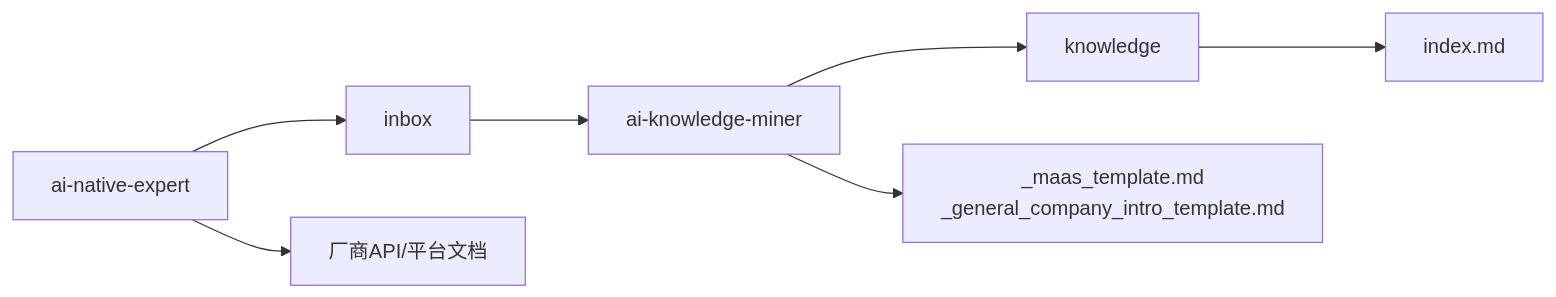
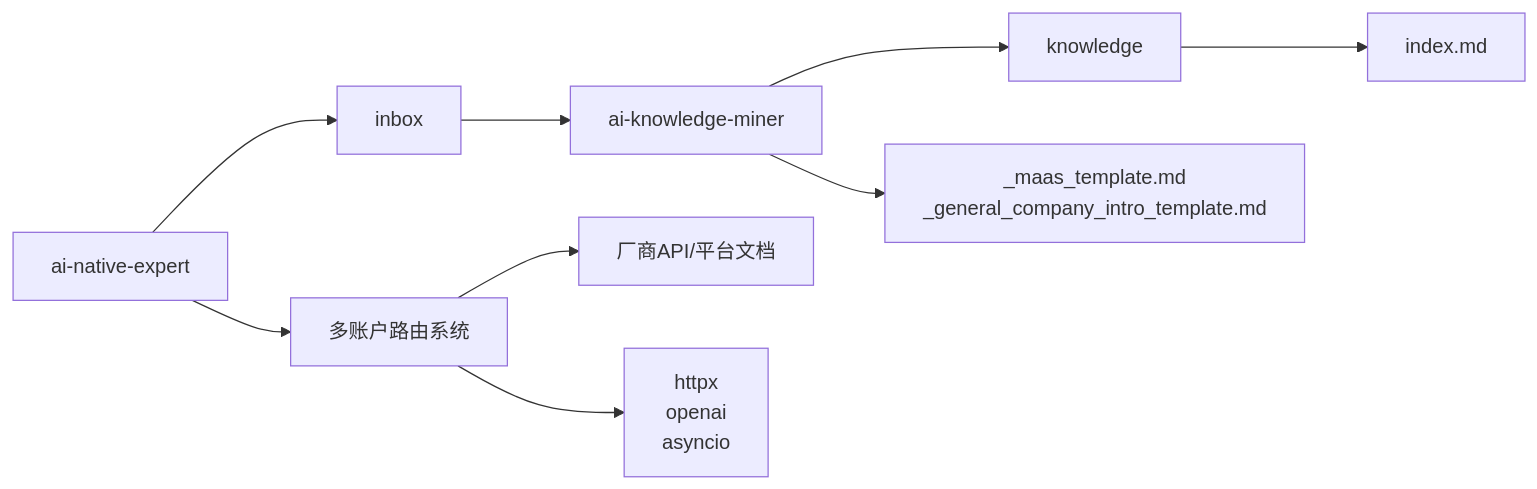
Before and after one commit to EthanNiWorld/AI-Native-SA-2026: the fourth of 4 diagrams in .qoder/repowiki/zh/content/项目概述.md, drawn with Mermaid. The commit also changed other lines of this file and 7 other files, not shown here.

````diff
--- a/.qoder/repowiki/zh/content/项目概述.md
+++ b/.qoder/repowiki/zh/content/项目概述.md
@@ -197,9 +304,11 @@
 ```mermaid
 graph LR
 Expert["ai-native-expert"] --> Inbox["inbox"]
 Inbox --> Miner["ai-knowledge-miner"]
 Miner --> KB["knowledge"]
 KB --> IDX["index.md"]
-Expert --> APIs["厂商API/平台文档"]
+Expert --> Router["多账户路由系统"]
+Router --> APIs["厂商API/平台文档"]
+Router --> ExternalLibs["httpx<br/>openai<br/>asyncio"]
 Miner --> Templates["_maas_template.md<br/>_general_company_intro_template.md"]
 ```
````
